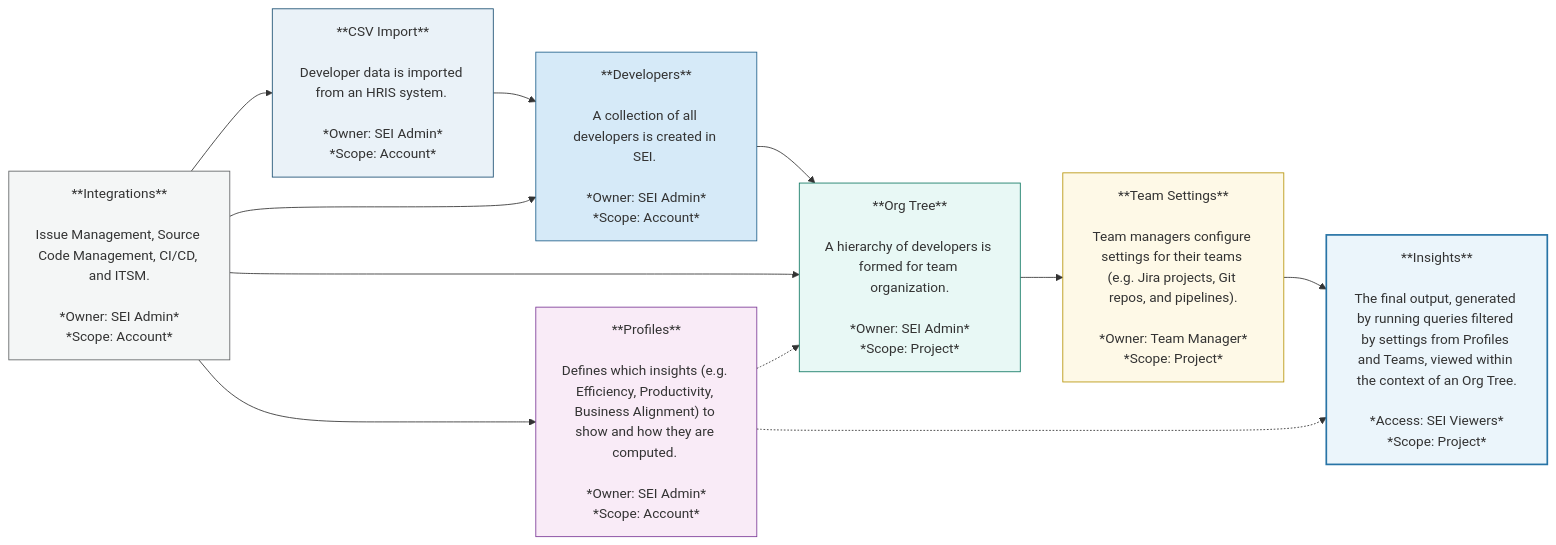
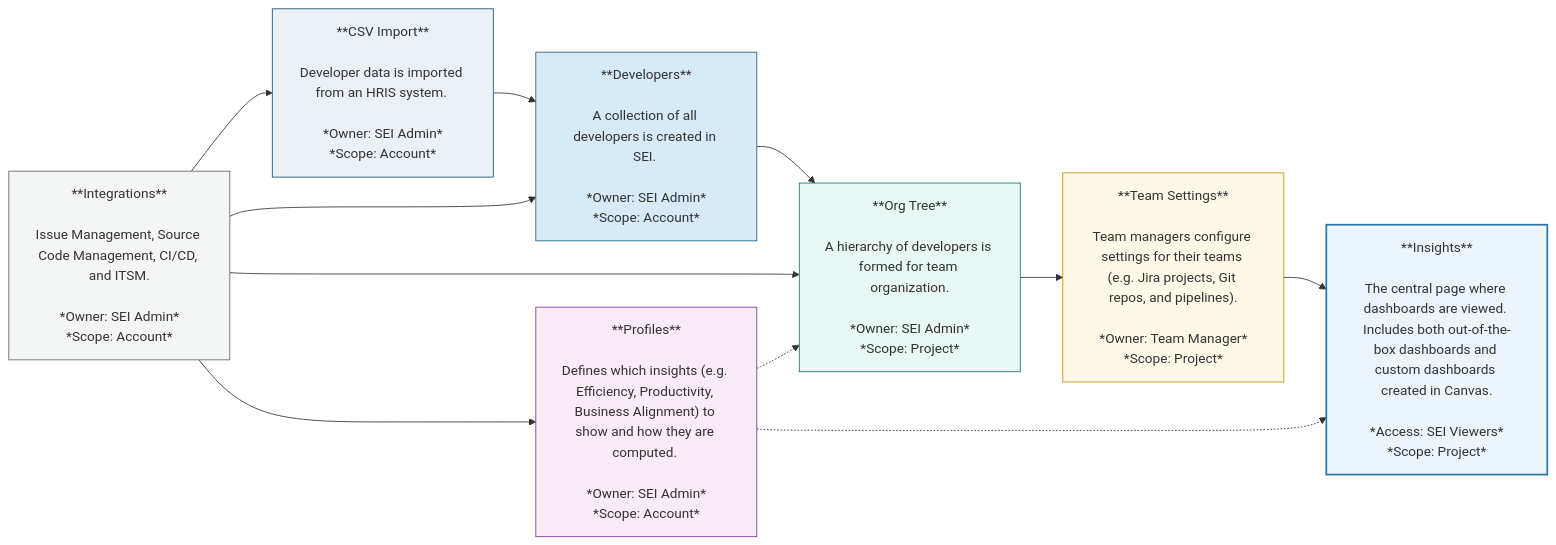
The diagram in docs/software-engineering-insights/harness-sei/get-started/sei-key-concepts.md (harness/developer-hub), drawn with Mermaid before and after one commit. The commit also changed other lines of this file and 53 other files, not shown here.

First line of the commit message:
SEI-15720 Add Documentation and Release Note for Canvas (Custom Insights) + Update Permissions Reference Page (#100957)

````diff
--- a/docs/software-engineering-insights/harness-sei/get-started/sei-key-concepts.md
+++ b/docs/software-engineering-insights/harness-sei/get-started/sei-key-concepts.md
@@ -24,33 +23,33 @@
 ```mermaid
 flowchart LR
     %% Left to Right Layout
-    A["**CSV Import**<br><br>Developer data is imported from an HRIS system. <br><br>*Owner: SEI Admin*<br>*Scope: Account*"] --> B["**Developers**<br><br>A collection of all developers is created in SEI. <br><br>*Owner: SEI Admin*<br>*Scope: Account*"] --> C["**Org Tree**<br><br>A hierarchy of developers is formed for team organization.<br><br>*Owner: SEI Admin*<br>*Scope: Project*"] --> D["**Team Settings**<br><br>Team managers configure settings for their teams (e.g. Jira projects, Git repos, and pipelines).<br><br>*Owner: Team Manager*<br>*Scope: Project*"] --> E["**Insights**<br><br>The final output, generated by running queries filtered by settings from Profiles and Teams, viewed within the context of an Org Tree.<br><br>*Access: SEI Viewers*<br>*Scope: Project*"]
+    A["**CSV Import**<br><br>Developer data is imported from an HRIS system. <br><br>*Owner: SEI Admin*<br>*Scope: Account*"] --> B["**Developers**<br><br>A collection of all developers is created in SEI. <br><br>*Owner: SEI Admin*<br>*Scope: Account*"] --> C["**Org Tree**<br><br>A hierarchy of developers is formed for team organization.<br><br>*Owner: SEI Admin*<br>*Scope: Project*"] --> D["**Team Settings**<br><br>Team managers configure settings for their teams (e.g. Jira projects, Git repos, and pipelines).<br><br>*Owner: Team Manager*<br>*Scope: Project*"] --> E["**Insights**<br><br>The central page where dashboards are viewed. Includes both out-of-the-box dashboards and custom dashboards created in Canvas.<br><br>*Access: SEI Viewers*<br>*Scope: Project*"]
 
     %% Profiles below Org Tree
     F["**Profiles**<br><br>Defines which insights (e.g. Efficiency, Productivity, Business Alignment) to show and how they are computed. <br><br>*Owner: SEI Admin*<br>*Scope: Account*"] -.-> C
     F -.-> E
 
     %% Integrations at the bottom
     G["**Integrations**<br><br>Issue Management, Source Code Management, CI/CD, and ITSM.<br><br>*Owner: SEI Admin*<br>*Scope: Account*"] --> A
     G --> B
     G --> C
     G --> F
 
     %% Style Definitions (toned-down pastels)
     classDef csvImport fill:#EAF2F8,stroke:#1B4F72,stroke-width:1px;    %% Muted blue
     classDef developers fill:#D6EAF8,stroke:#21618C,stroke-width:1px;    %% Softer medium blue
     classDef orgTree fill:#E8F8F5,stroke:#117864,stroke-width:1px;      %% Light teal
     classDef teamSettings fill:#FEF9E7,stroke:#B7950B,stroke-width:1px; %% Soft muted yellow
     classDef insights fill:#EBF5FB,stroke:#2874A6,stroke-width:2px,stroke-dasharray: 4 2; %% Very light blue, dashed
     classDef profiles fill:#F9EBF7,stroke:#7D3C98,stroke-width:1px;     %% Soft lavender
     classDef integrations fill:#F4F6F6,stroke:#626567,stroke-width:1px; %% Light neutral grey
 
     %% Apply Styles
     class A csvImport
     class B developers
     class C orgTree
     class D teamSettings
     class E insights
     class F profiles
     class G integrations
 ```
````
